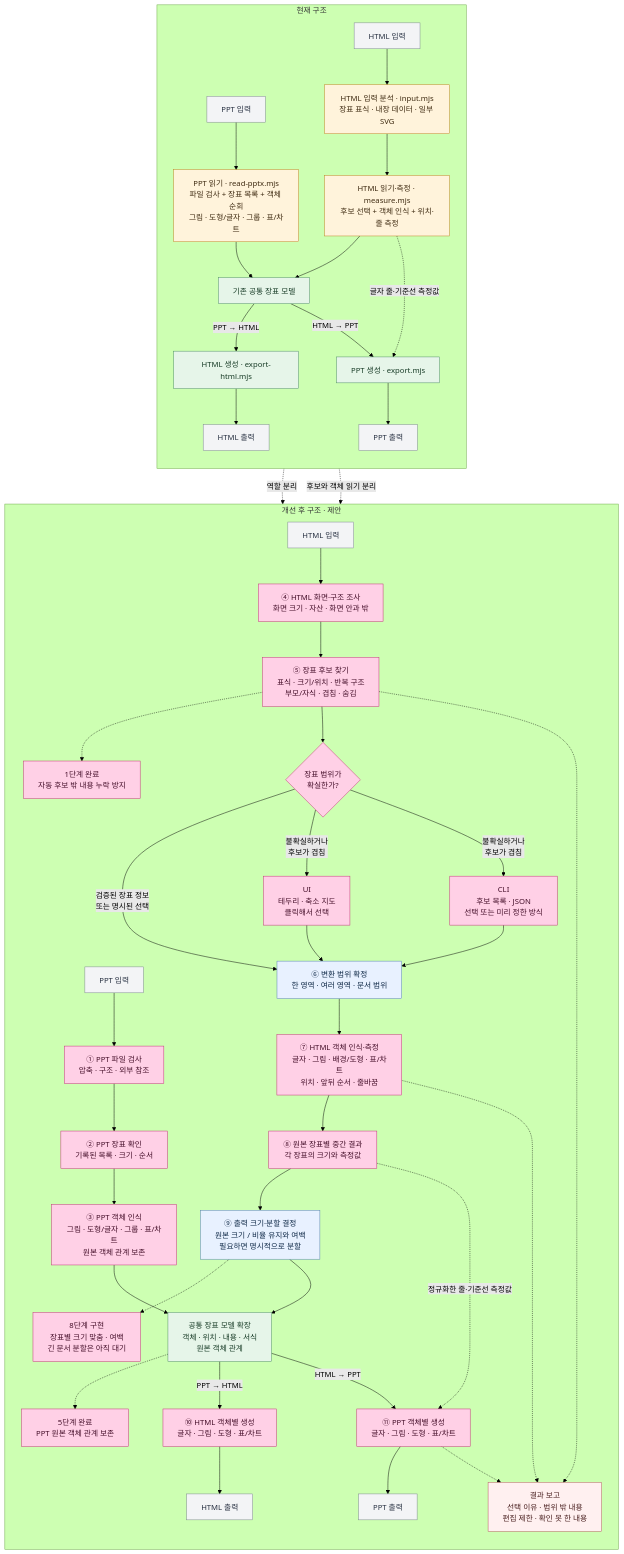
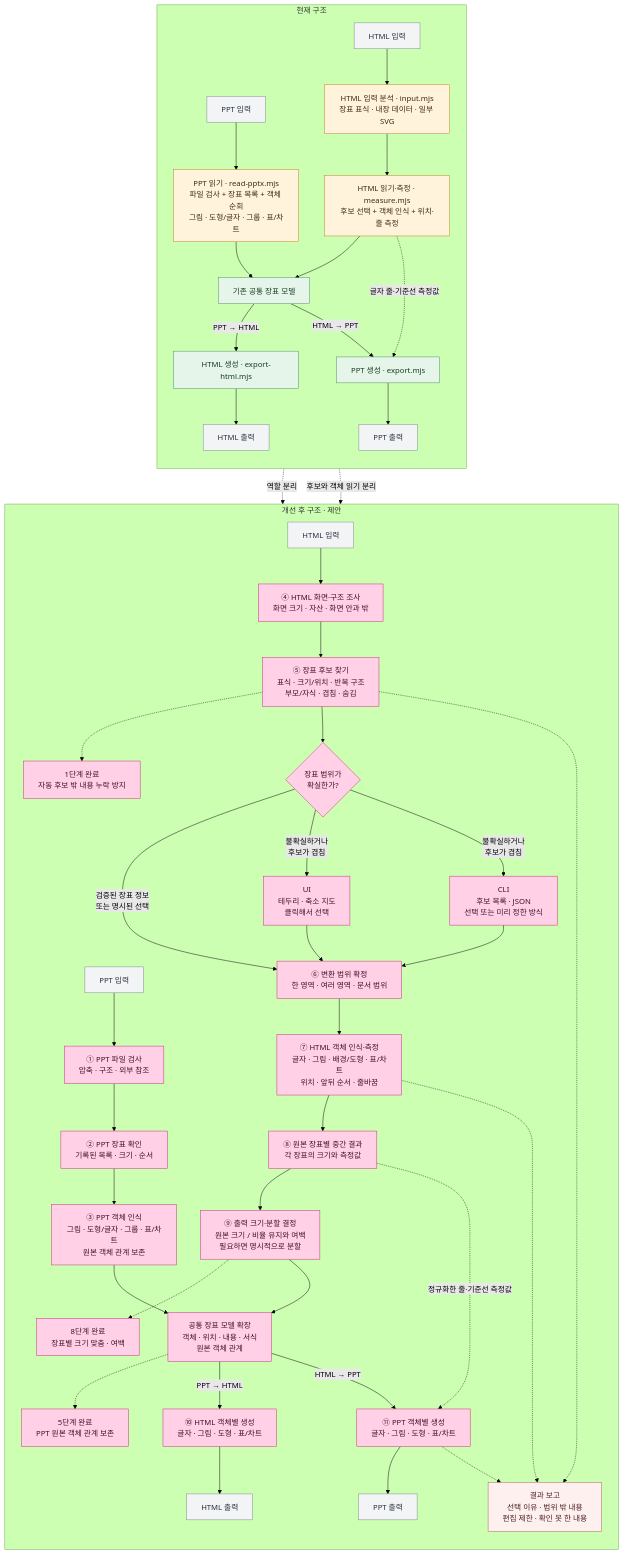
Before and after one commit to Kyuhan1230/ppt-again: the diagram in docs/architecture/refactor-progress.md, drawn with Mermaid (forest theme). The commit also changed other lines of this file and 33 other files, not shown here.

````diff
--- a/docs/architecture/refactor-progress.md
+++ b/docs/architecture/refactor-progress.md
@@ -5,63 +5,62 @@
 ```mermaid
 flowchart TB
   subgraph CURRENT["현재 구조"]
     direction TB
     CP["PPT 입력"] --> CPR["PPT 읽기 · read-pptx.mjs<br/>파일 검사 + 장표 목록 + 객체 순회<br/>그림 · 도형/글자 · 그룹 · 표/차트"]
     CH["HTML 입력"] --> CHI["HTML 입력 분석 · input.mjs<br/>장표 표식 · 내장 데이터 · 일부 SVG"]
     CHI --> CHM["HTML 읽기·측정 · measure.mjs<br/>후보 선택 + 객체 인식 + 위치·줄 측정"]
     CPR --> CM["기존 공통 장표 모델"]
     CHM --> CM
     CM -->|"PPT → HTML"| CHW["HTML 생성 · export-html.mjs"]
     CHW --> CHO["HTML 출력"]
     CM -->|"HTML → PPT"| CPW["PPT 생성 · export.mjs"]
     CHM -.->|"글자 줄·기준선 측정값"| CPW
     CPW --> CPO["PPT 출력"]
   end
 
   subgraph PROPOSED["개선 후 구조 · 제안"]
     direction TB
     NP["PPT 입력"] --> NPC["① PPT 파일 검사<br/>압축 · 구조 · 외부 참조"]
     NPC --> NPS["② PPT 장표 확인<br/>기록된 목록 · 크기 · 순서"]
     NPS --> NPO["③ PPT 객체 인식<br/>그림 · 도형/글자 · 그룹 · 표/차트<br/>원본 객체 관계 보존"]
     NH["HTML 입력"] --> NHR["④ HTML 화면·구조 조사<br/>화면 크기 · 자산 · 화면 안과 밖"]
     NHR --> NHC["⑤ 장표 후보 찾기<br/>표식 · 크기/위치 · 반복 구조<br/>부모/자식 · 겹침 · 숨김"]
     NHC -.-> ST1["1단계 완료<br/>자동 후보 밖 내용 누락 방지"]
     NHC --> ND{"장표 범위가<br/>확실한가?"}
     ND -->|"검증된 장표 정보<br/>또는 명시된 선택"| NS["⑥ 변환 범위 확정<br/>한 영역 · 여러 영역 · 문서 범위"]
     ND -->|"불확실하거나<br/>후보가 겹침"| NUI["UI<br/>테두리 · 축소 지도<br/>클릭해서 선택"]
     ND -->|"불확실하거나<br/>후보가 겹침"| NCLI["CLI<br/>후보 목록 · JSON<br/>선택 또는 미리 정한 방식"]
     NUI --> NS
     NCLI --> NS
     NS --> NHO["⑦ HTML 객체 인식·측정<br/>글자 · 그림 · 배경/도형 · 표/차트<br/>위치 · 앞뒤 순서 · 줄바꿈"]
     NHO --> NI["⑧ 원본 장표별 중간 결과<br/>각 장표의 크기와 측정값"]
     NI --> NFIT["⑨ 출력 크기·분할 결정<br/>원본 크기 / 비율 유지와 여백<br/>필요하면 명시적으로 분할"]
-    NFIT -.-> ST8["8단계 구현<br/>장표별 크기 맞춤 · 여백<br/>긴 문서 분할은 아직 대기"]
+    NFIT -.-> ST8["8단계 완료<br/>장표별 크기 맞춤 · 여백"]
     NFIT --> NM["공통 장표 모델 확장<br/>객체 · 위치 · 내용 · 서식<br/>원본 객체 관계"]
     NPO --> NM
     NM -.-> ST5["5단계 완료<br/>PPT 원본 객체 관계 보존"]
     NM -->|"PPT → HTML"| NHW["⑩ HTML 객체별 생성<br/>글자 · 그림 · 도형 · 표/차트"]
     NHW --> NHOOUT["HTML 출력"]
     NM -->|"HTML → PPT"| NPW["⑪ PPT 객체별 생성<br/>글자 · 그림 · 도형 · 표/차트"]
     NI -.->|"정규화한 줄·기준선 측정값"| NPW
     NPW --> NPOUT["PPT 출력"]
     NHC -.-> REPORT["결과 보고<br/>선택 이유 · 범위 밖 내용<br/>편집 제한 · 확인 못 한 내용"]
     NHO -.-> REPORT
     NPW -.-> REPORT
   end
 
   CPR -.->|"역할 분리"| NPC
   CHM -.->|"후보와 객체 읽기 분리"| NHR
   classDef input fill:#f3f4f6,stroke:#7d8790,color:#283142
   classDef current fill:#fff3db,stroke:#c18124,color:#3f2b12
   classDef proposed fill:#e8f1ff,stroke:#557fb3,color:#102a48
   classDef common fill:#e6f5e9,stroke:#4e8b66,color:#183c27
   classDef choice fill:#f4edff,stroke:#8767ad,color:#36254b
   classDef report fill:#fff0f0,stroke:#b35b5b,color:#4a2020
   classDef done fill:#ffd0e6,stroke:#c42e78,color:#46102b
   class CP,CH,CHO,CPO,NP,NH,NHOOUT,NPOUT input
   class CPR,CHI,CHM current
-  class NS,NFIT proposed
-  class CM,CHW,CPW,NM common
+  class CM,CHW,CPW common
   class REPORT report
-  class ST1,ST5,ST8,NHR,NHC,ND,NUI,NCLI,NHO,NI,NPC,NPS,NPO,NHW,NPW done
+  class ST1,ST5,ST8,NHR,NHC,ND,NUI,NCLI,NS,NHO,NI,NFIT,NM,NPC,NPS,NPO,NHW,NPW done
 ```
````
